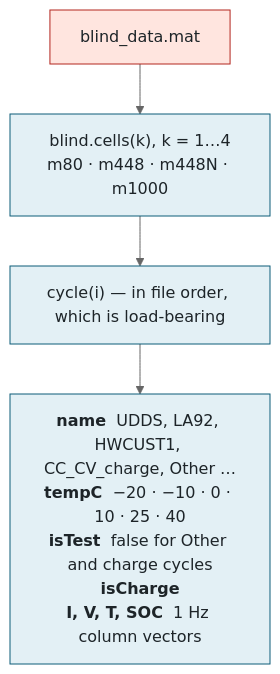
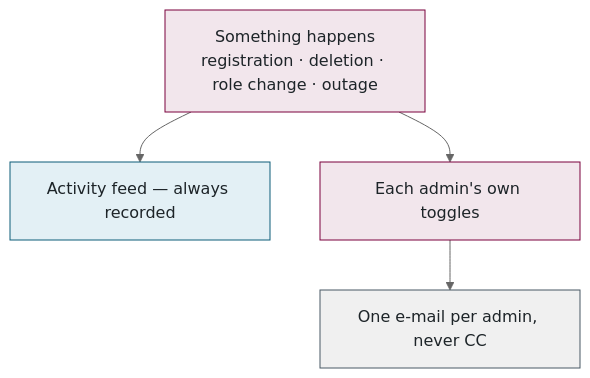
One commit to McMaster-Battery-Research-Group/battery-soc-benchmark changed diagram 12 of 15 in docs/walkthrough/ALL-IN-ONE.md. Above: the diagram before and after it, drawn with Mermaid (neutral theme). The commit also changed other lines of this file and 53 other files, not shown here.

Commit message:
Walkthrough: rewritten shorter and plainer — 12 parts, 15 flat diagrams, glossary and reference tables at the back, no icons

````diff
--- a/docs/walkthrough/ALL-IN-ONE.md
+++ b/docs/walkthrough/ALL-IN-ONE.md
@@ -616,10 +398,12 @@
 ```mermaid
 flowchart TB
-    F["blind_data.mat"] --> B["blind.cells(k), k = 1…4<br/>m80 · m448 · m448N · m1000"]
-    B --> CY["cycle(i) — in file order, which is load-bearing"]
-    CY --> FLD["<b>name</b>  UDDS, LA92, HWCUST1, CC_CV_charge, Other …<br/><b>tempC</b>  −20 · −10 · 0 · 10 · 25 · 40<br/><b>isTest</b>  false for Other and charge cycles<br/><b>isCharge</b><br/><b>I, V, T, SOC</b>  1 Hz column vectors"]
-    classDef danger fill:#FFE5DF,stroke:#B3261E,color:#1d2428
+    E["Something happens<br/>registration · deletion · role change · outage"] --> F["Activity feed — always recorded"]
+    E --> T["Each admin's own toggles"]
+    T --> M["One e-mail per admin, never CC"]
+    classDef web fill:#F2E6EC,stroke:#7A003C,color:#1d2428
     classDef data fill:#E3F0F5,stroke:#0D5D78,color:#1d2428
-    class F danger
-    class B,CY,FLD data
+    classDef ext fill:#F0F0F0,stroke:#495965,color:#1d2428
+    class E,T web
+    class F data
+    class M ext
 ```
````
